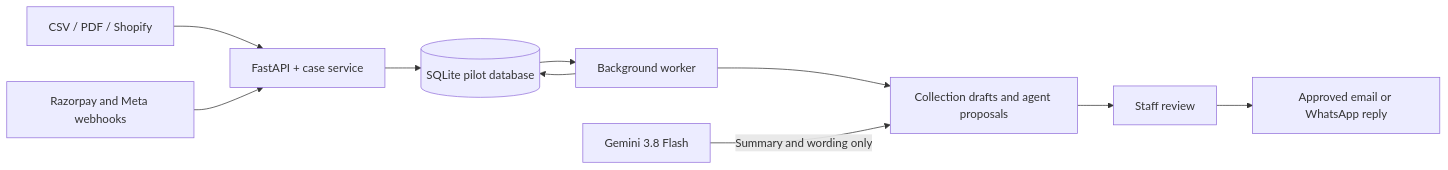
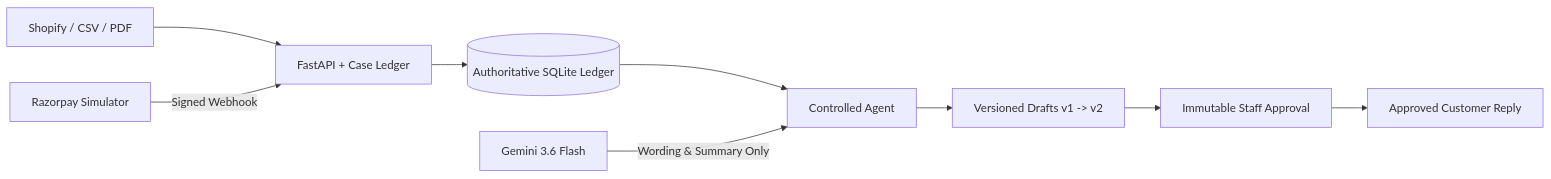
The diagram in README.md (lakshya14-ds/RecoverFlow-AI), drawn with Mermaid before and after one commit. The commit also changed other lines of this file and 19 other files, not shown here.

````diff
--- a/README.md
+++ b/README.md
@@ -17,12 +49,11 @@
 ```mermaid
 flowchart LR
-    S[CSV / PDF / Shopify] --> A[FastAPI + case service]
-    P[Razorpay and Meta webhooks] --> A
-    A --> D[(SQLite pilot database)]
-    W[Background worker] --> D
-    D --> W
-    W --> C[Collection drafts and agent proposals]
-    G[Gemini 3.8 Flash] -->|Summary and wording only| C
-    C --> H[Staff review]
-    H --> O[Approved email or WhatsApp reply]
+    S[Shopify / CSV / PDF] --> A[FastAPI + Case Ledger]
+    P[Razorpay Simulator] -->|Signed Webhook| A
+    A --> D[(Authoritative SQLite Ledger)]
+    D --> C[Controlled Agent]
+    G[Gemini 3.6 Flash] -->|Wording & Summary Only| C
+    C --> V[Versioned Drafts v1 -> v2]
+    V --> H[Immutable Staff Approval]
+    H --> R[Approved Customer Reply]
 ```
````
